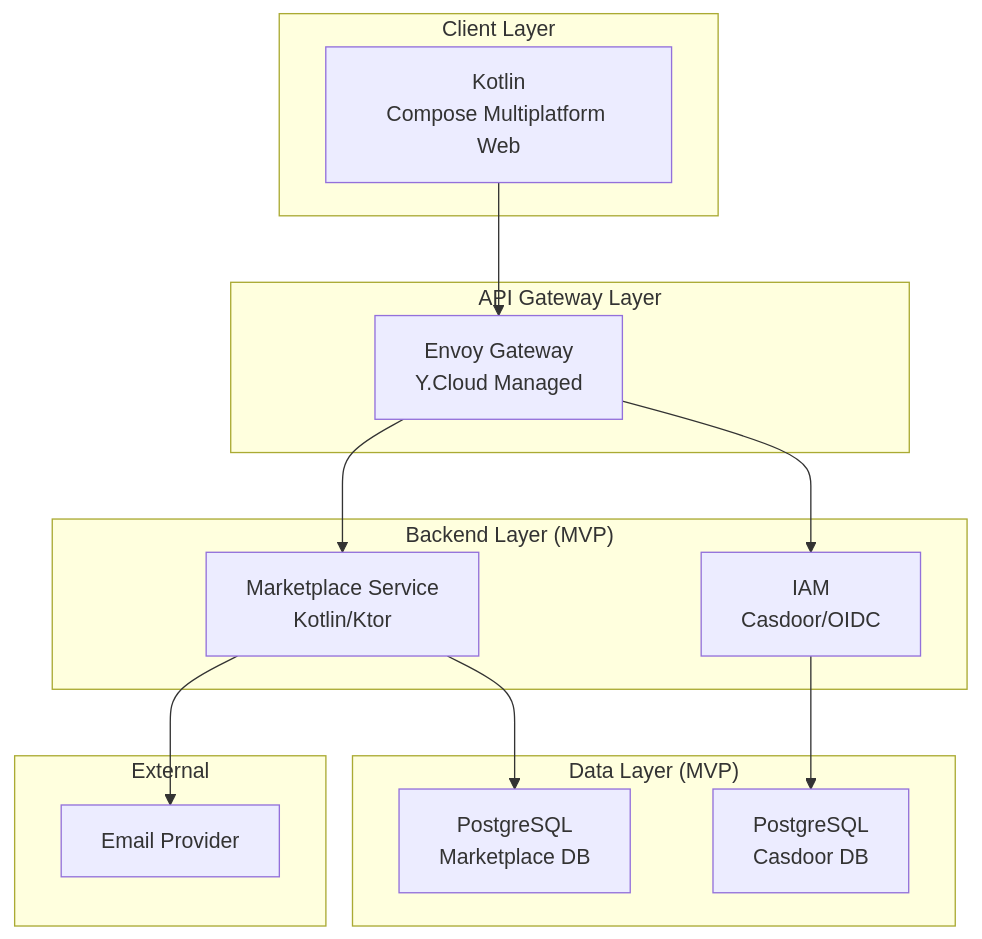
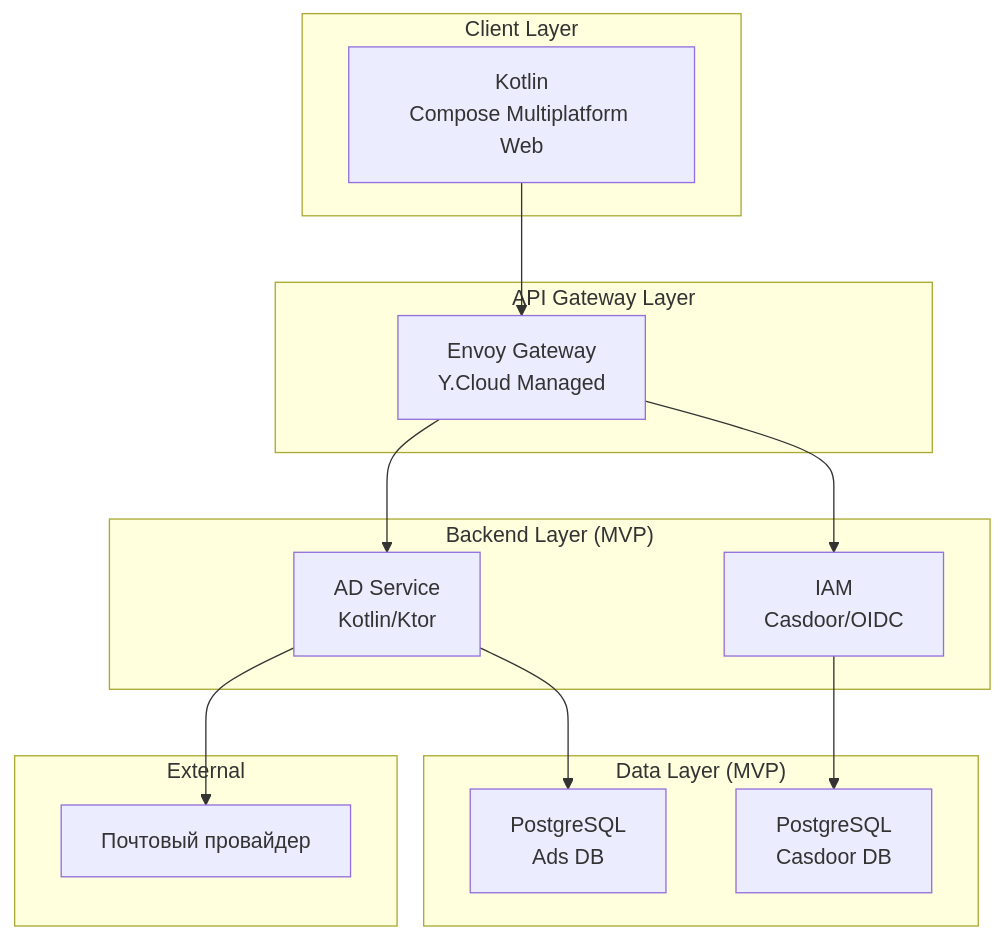
The first of 10 diagrams in docs/architecture/tech-stack.md (otuskotlin/202602-ok-marketplace), drawn with Mermaid before and after one commit. The commit also changed other lines of this file and 3 other files, not shown here.

````diff
--- a/docs/architecture/tech-stack.md
+++ b/docs/architecture/tech-stack.md
@@ -7,31 +7,31 @@
 ```mermaid
 graph TB
     subgraph "Client Layer"
         Frontend["Kotlin<br/>Compose Multiplatform Web"]
     end
     
     subgraph "API Gateway Layer"
         Gateway["Envoy Gateway<br/>Y.Cloud Managed"]
     end
     
     subgraph "Backend Layer (MVP)"
-        MS["Marketplace Service<br/>Kotlin/Ktor"]
+        MS["AD Service<br/>Kotlin/Ktor"]
         CD["IAM<br/>Casdoor/OIDC"]
     end
     
     subgraph "Data Layer (MVP)"
-        DB1["PostgreSQL<br/>Marketplace DB"]
+        DB1["PostgreSQL<br/>Ads DB"]
         DB2["PostgreSQL<br/>Casdoor DB"]
     end
     
     subgraph "External"
-        Email["Email Provider"]
+        Email["Почтовый провайдер"]
     end
     
     Frontend --> Gateway
     Gateway --> MS
     Gateway --> CD
     MS --> DB1
     CD --> DB2
     MS --> Email
 ```
````
